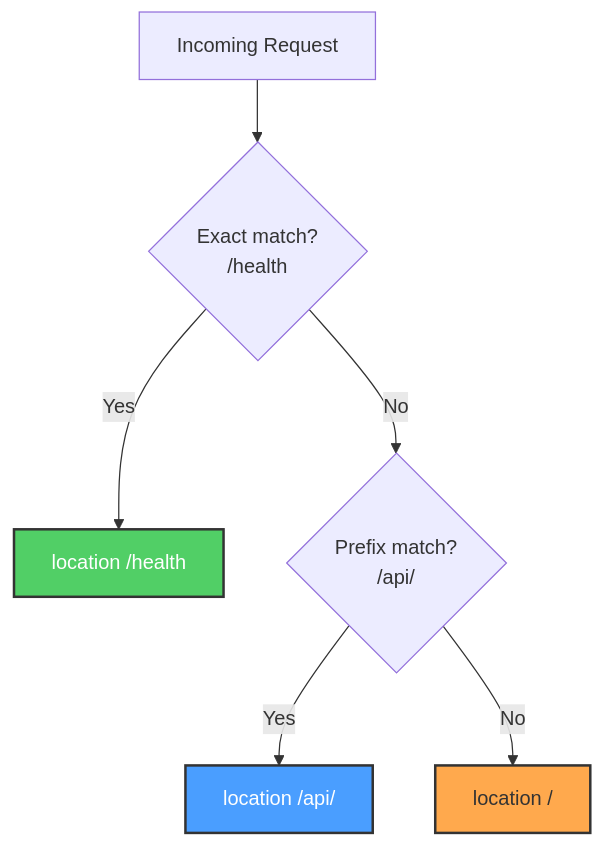
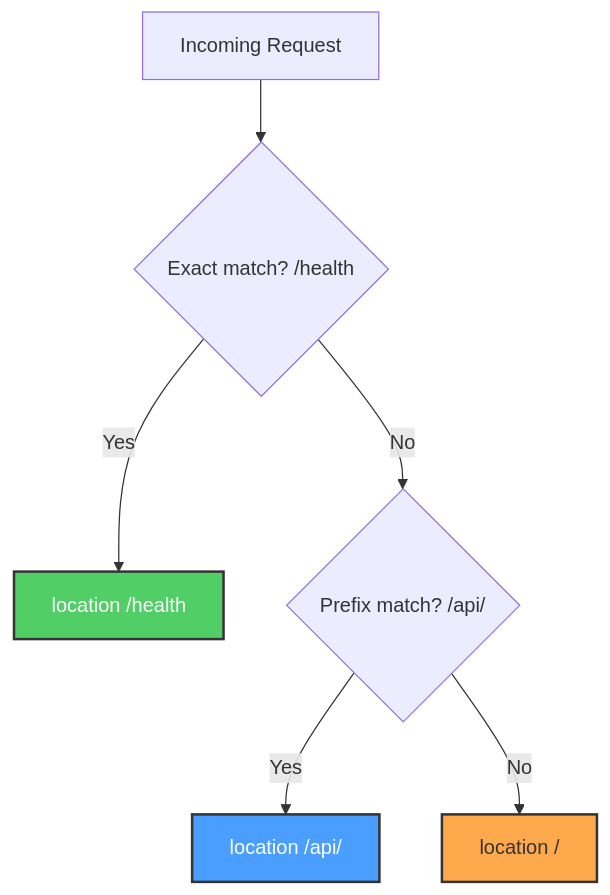
Before and after one commit to softwarewrighter/dev-proxy: the third of 4 diagrams in wiki/Configuration.md, drawn with Mermaid. The commit also changed other lines of this file and 6 other files, not shown here.

First line of the commit message:
Fix wiki Mermaid diagrams: remove <br/> tags

````diff
--- a/wiki/Configuration.md
+++ b/wiki/Configuration.md
@@ -276,12 +276,12 @@
 ```mermaid
 graph TD
-    Request[Incoming Request] --> Exact{Exact match?<br/>/health}
+    Request[Incoming Request] --> Exact{Exact match? /health}
     Exact -->|Yes| HealthBlock[location /health]
-    Exact -->|No| Prefix{Prefix match?<br/>/api/}
+    Exact -->|No| Prefix{Prefix match? /api/}
     Prefix -->|Yes| APIBlock[location /api/]
     Prefix -->|No| Default[location /]
 
     style HealthBlock fill:#51cf66,stroke:#333,stroke-width:2px,color:#fff
     style APIBlock fill:#4a9eff,stroke:#333,stroke-width:2px,color:#fff
     style Default fill:#ffa94d,stroke:#333,stroke-width:2px
 ```
````
